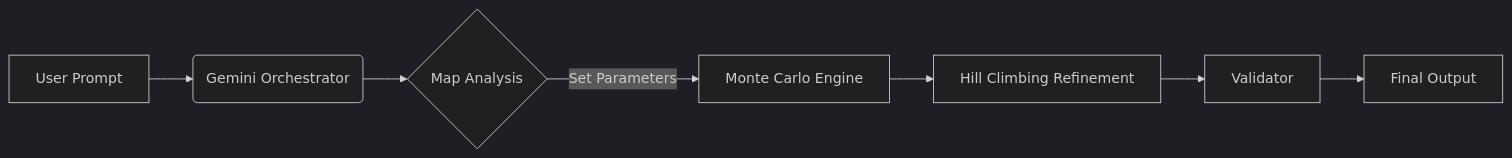
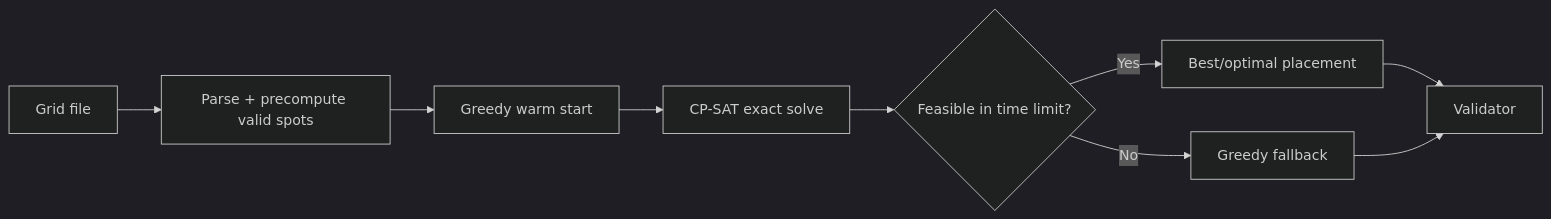
The diagram in README.md (iyangarcia/totalenergies-hackathon-2026), drawn with Mermaid (dark theme) before and after one commit. The commit also changed other lines of this file and 15 other files, not shown here.

First line of the commit message:
Replace Monte Carlo solver with exact CP-SAT optimizer

````diff
--- a/README.md
+++ b/README.md
@@ -50,9 +66,11 @@
 ```mermaid
 graph LR
-    A[User Prompt] --> B(Gemini Orchestrator);
-    B --> C{Map Analysis};
-    C -->|Set Parameters| D[Monte Carlo Engine];
-    D --> E[Hill Climbing Refinement];
-    E --> F[Validator];
-    F --> G[Final Output];
+    A[Grid file] --> B[Parse + precompute valid spots];
+    B --> C[Greedy warm start];
+    C --> D[CP-SAT exact solve];
+    D --> E{Feasible in time limit?};
+    E -->|Yes| F[Best/optimal placement];
+    E -->|No| G[Greedy fallback];
+    F --> H[Validator];
+    G --> H;
 ```
````
